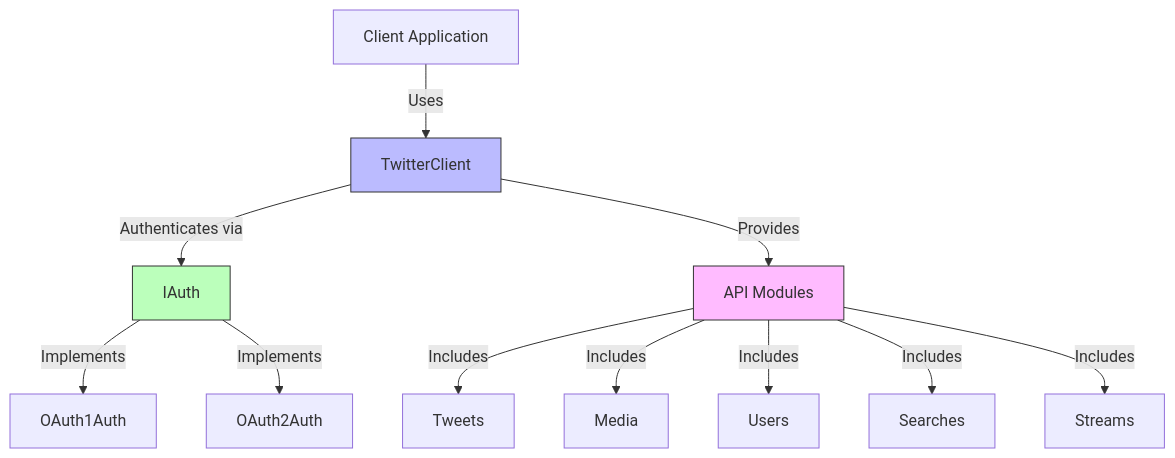
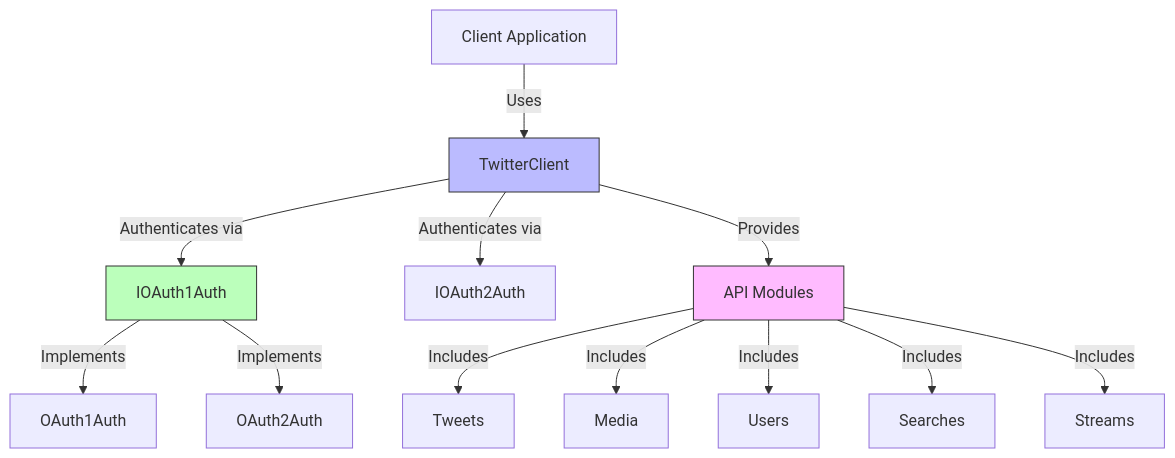
Before and after one commit to Micka33/x-api-sdk-ts: the first of 2 diagrams in docs/architecture.md, drawn with Mermaid. The commit also changed other lines of this file and 1 other file, not shown here.

````diff
--- a/docs/architecture.md
+++ b/docs/architecture.md
@@ -27,17 +27,18 @@
 ```mermaid
 graph TD
     A[Client Application] -->|Uses| B[TwitterClient]
-    B -->|Authenticates via| C[IAuth]
-    C -->|Implements| D[OAuth1Auth]
-    C -->|Implements| E[OAuth2Auth]
-    B -->|Provides| F[API Modules]
-    F -->|Includes| G[Tweets]
-    F -->|Includes| H[Media]
-    F -->|Includes| I[Users]
-    F -->|Includes| J[Searches]
-    F -->|Includes| K[Streams]
+    B -->|Authenticates via| C[IOAuth1Auth]
+    B -->|Authenticates via| D[IOAuth2Auth]
+    C -->|Implements| E[OAuth1Auth]
+    C -->|Implements| F[OAuth2Auth]
+    B -->|Provides| G[API Modules]
+    G -->|Includes| H[Tweets]
+    G -->|Includes| I[Media]
+    G -->|Includes| J[Users]
+    G -->|Includes| K[Searches]
+    G -->|Includes| L[Streams]
     
     style B fill:#bbf,stroke:#333
     style C fill:#bfb,stroke:#333
-    style F fill:#fbf,stroke:#333
+    style G fill:#fbf,stroke:#333
 ```
````
